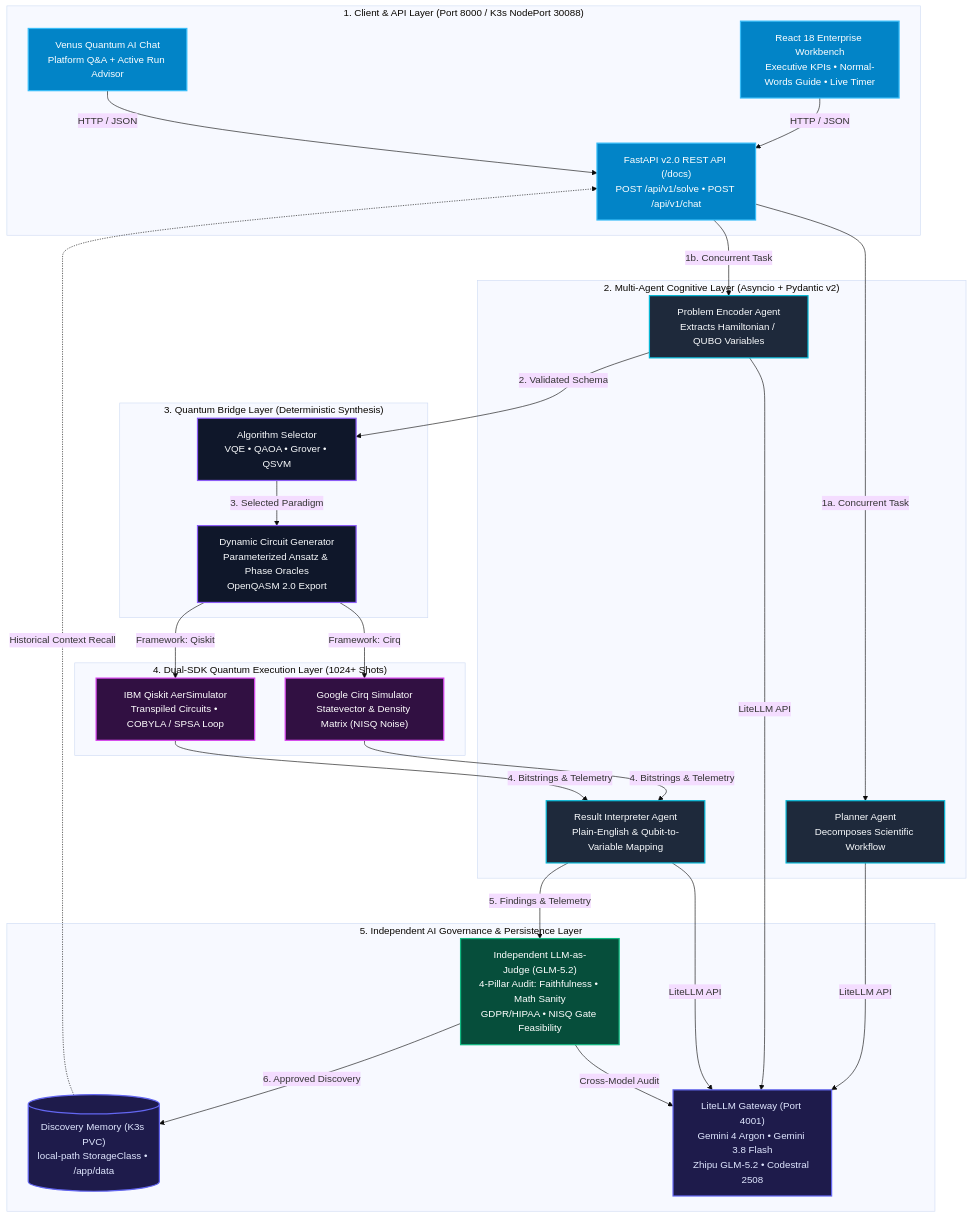
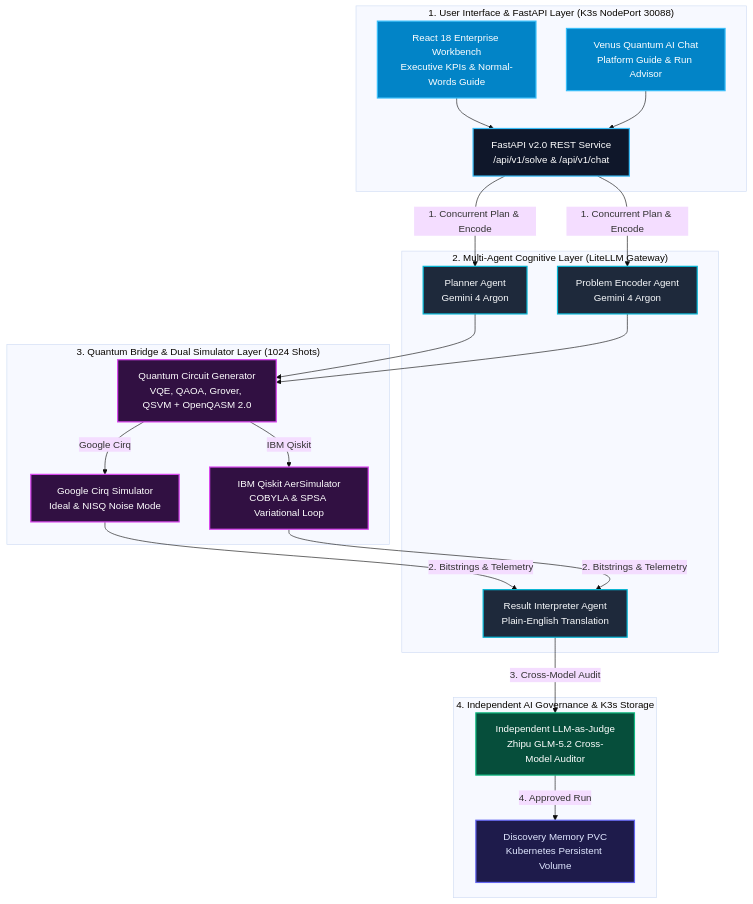
One commit to AI-Governance-Lab/governed-quantum-agents changed the second of 3 diagrams in README.md. Above: the diagram before and after it, drawn with Mermaid (base theme). The commit also changed other lines of this file, not shown here.

Commit message:
docs(readme): put Algorithm Decision Matrix first and simplify Mermaid syntax for GitHub

````diff
--- a/README.md
+++ b/README.md
@@ -117,55 +147,50 @@
 ```mermaid
 flowchart TB
-    classDef ui fill:#0284c7,stroke:#38bdf8,stroke-width:2px,color:#ffffff
-    classDef agent fill:#1e293b,stroke:#06b6d4,stroke-width:2px,color:#f8fafc
-    classDef bridge fill:#0f172a,stroke:#8b5cf6,stroke-width:2px,color:#f8fafc
-    classDef quantum fill:#311042,stroke:#d946ef,stroke-width:2px,color:#ffffff
-    classDef judge fill:#064e3b,stroke:#10b981,stroke-width:2px,color:#ffffff
-    classDef infra fill:#1e1b4b,stroke:#6366f1,stroke-width:2px,color:#e0e7ff
-
-    subgraph ClientLayer["1. Client & API Layer (Port 8000 / K3s NodePort 30088)"]
-        UI["React 18 Enterprise Workbench<br/>Executive KPIs • Normal-Words Guide • Live Timer"]:::ui
-        ChatUI["Venus Quantum AI Chat<br/>Platform Q&A + Active Run Advisor"]:::ui
-        REST["FastAPI v2.0 REST API (/docs)<br/>POST /api/v1/solve • POST /api/v1/chat"]:::ui
+    subgraph ClientLayer ["1. User Interface & FastAPI Layer (K3s NodePort 30088)"]
+        UI["React 18 Enterprise Workbench<br/>Executive KPIs & Normal-Words Guide"]
+        ChatUI["Venus Quantum AI Chat<br/>Platform Guide & Run Advisor"]
+        REST["FastAPI v2.0 REST Service<br/>/api/v1/solve & /api/v1/chat"]
     end
 
-    subgraph AgentLayer["2. Multi-Agent Cognitive Layer (Asyncio + Pydantic v2)"]
-        Planner["Planner Agent<br/>Decomposes Scientific Workflow"]:::agent
-        Encoder["Problem Encoder Agent<br/>Extracts Hamiltonian / QUBO Variables"]:::agent
-        Interp["Result Interpreter Agent<br/>Plain-English & Qubit-to-Variable Mapping"]:::agent
+    subgraph AgentLayer ["2. Multi-Agent Cognitive Layer (LiteLLM Gateway)"]
+        Planner["Planner Agent<br/>Gemini 4 Argon"]
+        Encoder["Problem Encoder Agent<br/>Gemini 4 Argon"]
+        Interp["Result Interpreter Agent<br/>Plain-English Translation"]
     end
 
-    subgraph BridgeLayer["3. Quantum Bridge Layer (Deterministic Synthesis)"]
-        Selector["Algorithm Selector<br/>VQE • QAOA • Grover • QSVM"]:::bridge
-        CircGen["Dynamic Circuit Generator<br/>Parameterized Ansatz & Phase Oracles<br/>OpenQASM 2.0 Export"]:::bridge
+    subgraph QuantumLayer ["3. Quantum Bridge & Dual Simulator Layer (1024 Shots)"]
+        Bridge["Quantum Circuit Generator<br/>VQE, QAOA, Grover, QSVM + OpenQASM 2.0"]
+        CirqSim["Google Cirq Simulator<br/>Ideal & NISQ Noise Mode"]
+        QiskitSim["IBM Qiskit AerSimulator<br/>COBYLA & SPSA Variational Loop"]
     end
 
-    subgraph QuantumLayer["4. Dual-SDK Quantum Execution Layer (1024+ Shots)"]
-        CirqSim["Google Cirq Simulator<br/>Statevector & Density Matrix (NISQ Noise)"]:::quantum
-        QiskitSim["IBM Qiskit AerSimulator<br/>Transpiled Circuits • COBYLA / SPSA Loop"]:::quantum
+    subgraph GovLayer ["4. Independent AI Governance & K3s Storage"]
+        Judge["Independent LLM-as-Judge<br/>Zhipu GLM-5.2 Cross-Model Auditor"]
+        Memory["Discovery Memory PVC<br/>Kubernetes Persistent Volume"]
     end
 
-    subgraph GovLayer["5. Independent AI Governance & Persistence Layer"]
-        Judge["Independent LLM-as-Judge (GLM-5.2)<br/>4-Pillar Audit: Faithfulness • Math Sanity<br/>GDPR/HIPAA • NISQ Gate Feasibility"]:::judge
-        Memory[("Discovery Memory (K3s PVC)<br/>local-path StorageClass • /app/data")]:::infra
-        Gateway["LiteLLM Gateway (Port 4001)<br/>Gemini 4 Argon • Gemini 3.8 Flash<br/>Zhipu GLM-5.2 • Codestral 2508"]:::infra
-    end
+    UI --> REST
+    ChatUI --> REST
+    REST -->|"1. Concurrent Plan & Encode"| Planner
+    REST -->|"1. Concurrent Plan & Encode"| Encoder
+    Planner --> Bridge
+    Encoder --> Bridge
+    Bridge -->|"Google Cirq"| CirqSim
+    Bridge -->|"IBM Qiskit"| QiskitSim
+    CirqSim -->|"2. Bitstrings & Telemetry"| Interp
+    QiskitSim -->|"2. Bitstrings & Telemetry"| Interp
+    Interp -->|"3. Cross-Model Audit"| Judge
+    Judge -->|"4. Approved Run"| Memory
 
-    UI -->|"HTTP / JSON"| REST
-    ChatUI -->|"HTTP / JSON"| REST
-    REST -->|"1a. Concurrent Task"| Planner
-    REST -->|"1b. Concurrent Task"| Encoder
-    Planner -->|"LiteLLM API"| Gateway
-    Encoder -->|"LiteLLM API"| Gateway
-    Encoder -->|"2. Validated Schema"| Selector
-    Selector -->|"3. Selected Paradigm"| CircGen
-    CircGen -->|"Framework: Cirq"| CirqSim
-    CircGen -->|"Framework: Qiskit"| QiskitSim
-    CirqSim -->|"4. Bitstrings & Telemetry"| Interp
-    QiskitSim -->|"4. Bitstrings & Telemetry"| Interp
-    Interp -->|"LiteLLM API"| Gateway
-    Interp -->|"5. Findings & Telemetry"| Judge
-    Judge -->|"Cross-Model Audit"| Gateway
-    Judge -->|"6. Approved Discovery"| Memory
-    Memory -.->|"Historical Context Recall"| REST
+    style UI fill:#0284c7,stroke:#38bdf8,stroke-width:2px,color:#ffffff
+    style ChatUI fill:#0284c7,stroke:#38bdf8,stroke-width:2px,color:#ffffff
+    style REST fill:#0f172a,stroke:#38bdf8,stroke-width:2px,color:#ffffff
+    style Planner fill:#1e293b,stroke:#06b6d4,stroke-width:2px,color:#f8fafc
+    style Encoder fill:#1e293b,stroke:#06b6d4,stroke-width:2px,color:#f8fafc
+    style Interp fill:#1e293b,stroke:#06b6d4,stroke-width:2px,color:#f8fafc
+    style Bridge fill:#311042,stroke:#d946ef,stroke-width:2px,color:#ffffff
+    style CirqSim fill:#311042,stroke:#d946ef,stroke-width:2px,color:#ffffff
+    style QiskitSim fill:#311042,stroke:#d946ef,stroke-width:2px,color:#ffffff
+    style Judge fill:#064e3b,stroke:#10b981,stroke-width:2px,color:#ffffff
+    style Memory fill:#1e1b4b,stroke:#6366f1,stroke-width:2px,color:#e0e7ff
 ```
````
